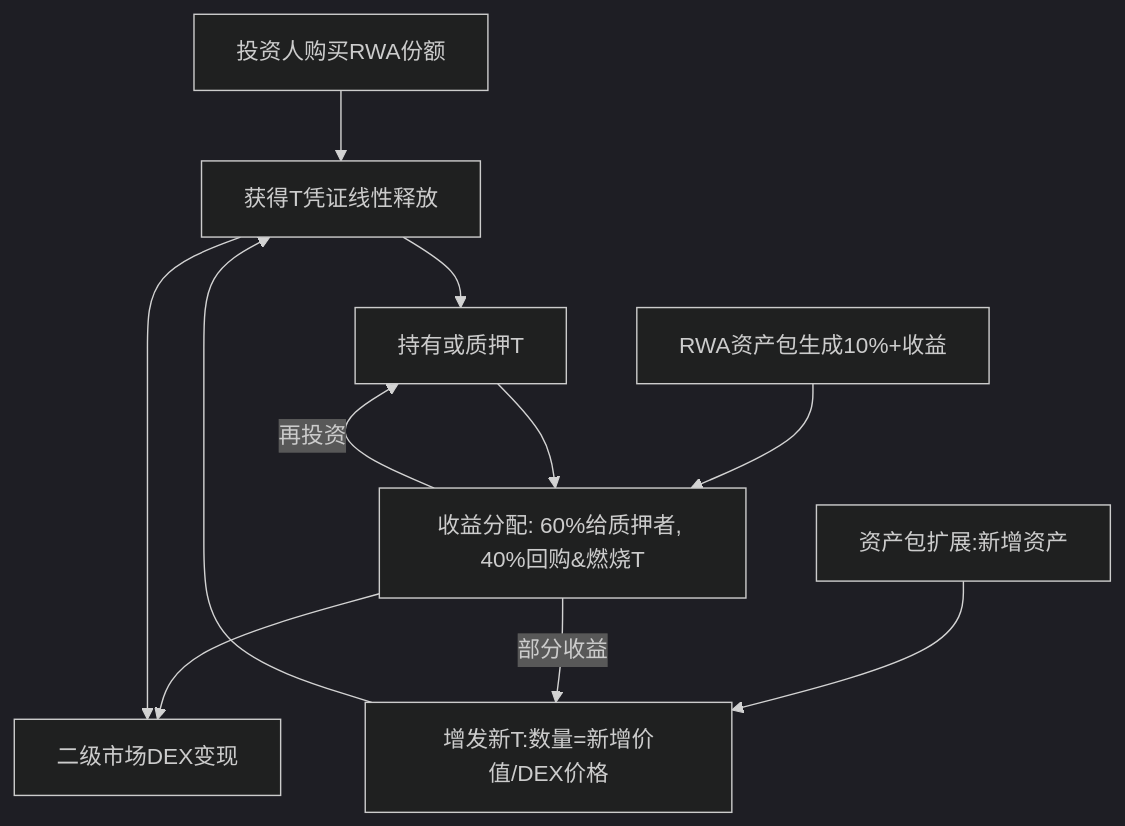
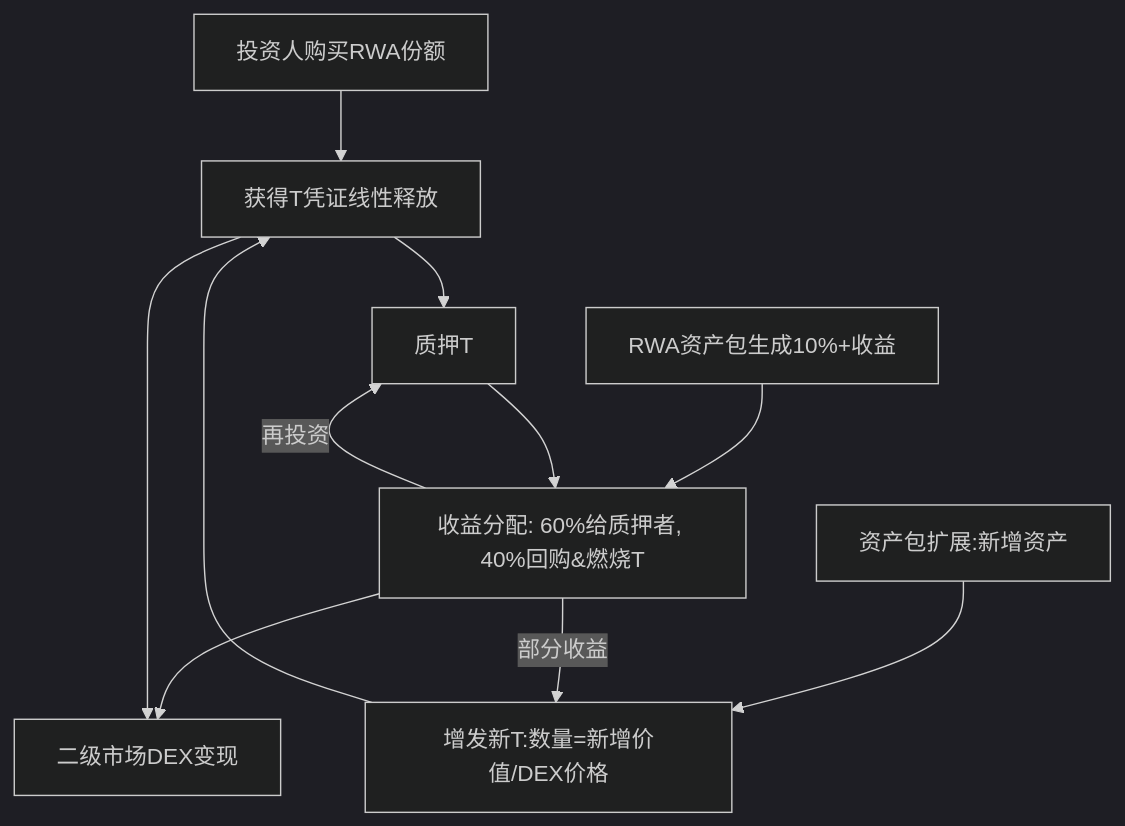
The diagram in rwa-tokenomics.md (fullon-labs/self_research), drawn with Mermaid (dark theme) before and after one commit.

````diff
--- a/rwa-tokenomics.md
+++ b/rwa-tokenomics.md
@@ -1,22 +1,22 @@
 ```mermaid
 graph TD
     A[投资人购买RWA份额]
     B[获得T凭证线性释放]
-    C[持有或质押T]
+    C[质押T]
     D[RWA资产包生成10%+收益]
     E[收益分配: 60%给质押者, 40%回购&燃烧T]
     F[二级市场DEX变现]
     G[资产包扩展:新增资产]
     H[增发新T:数量=新增价值/DEX价格]
     
     A --> B
     B --> C
     D --> E
     C --> E
     E -->|再投资| C
     E --> F
     B --> F
     G --> H
     H --> B
     E -->|部分收益| H
 ```
````
